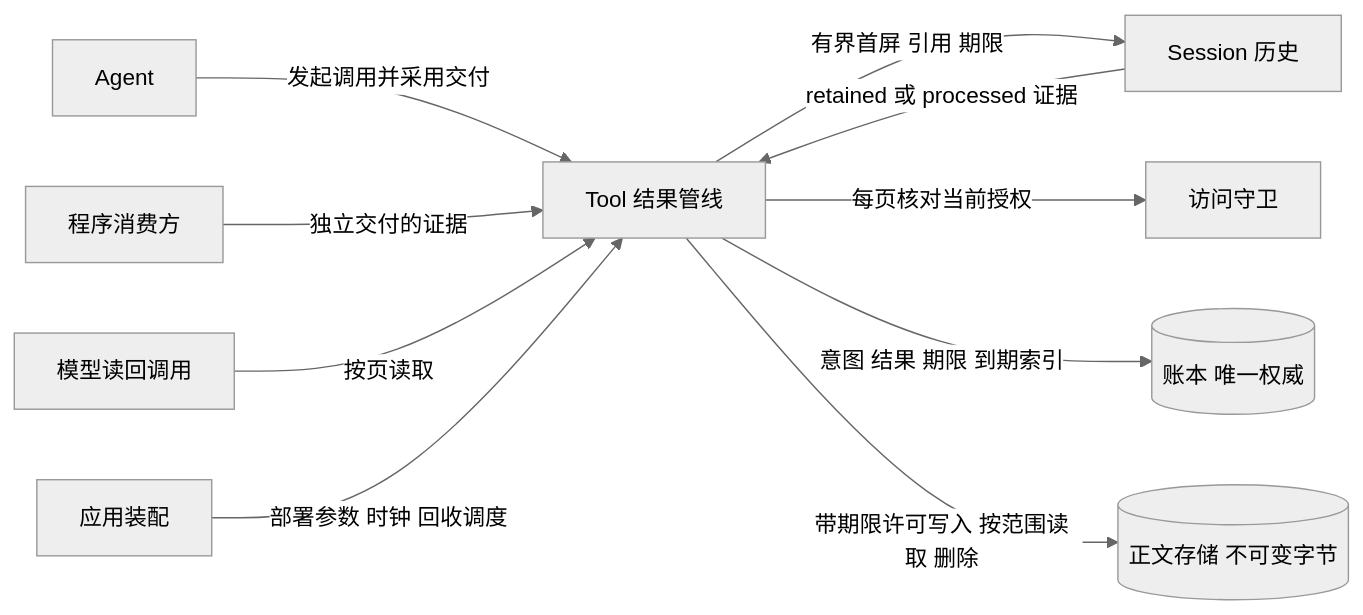
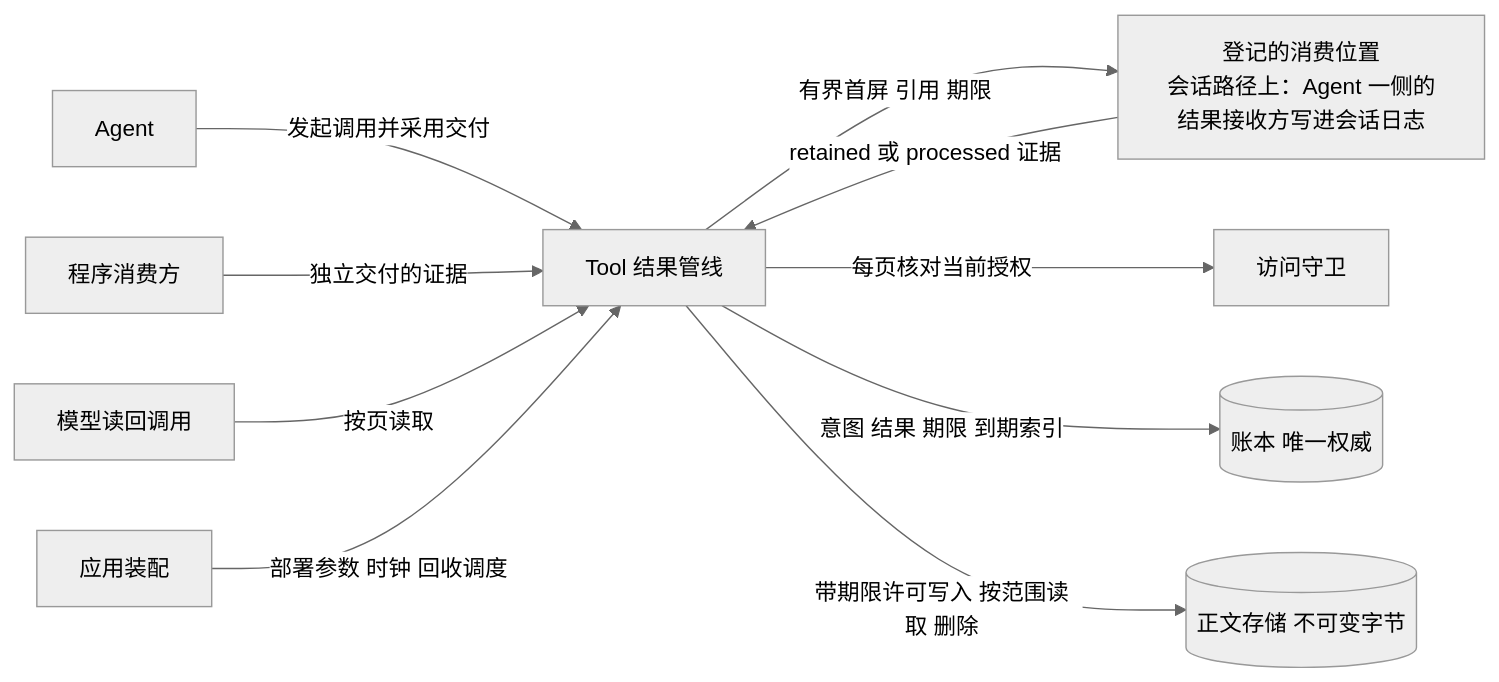
Before and after one commit to nemori-ai/omne-harness-lite: the second of 2 diagrams in docs/domains/tool-execution/architecture.md, drawn with Mermaid (neutral theme). The commit also changed other lines of this file and 22 other files, not shown here.

First line of the commit message:
docs(agents): 根入口加两张最简图与心智模型要点，心智模型做成技能 domain-mental-models（#1211）

````diff
--- a/docs/domains/tool-execution/architecture.md
+++ b/docs/domains/tool-execution/architecture.md
@@ -104,12 +104,12 @@
 ```mermaid
 flowchart LR
     Agent[Agent] -->|发起调用并采用交付| Tool[Tool 结果管线]
-    Tool -->|有界首屏 引用 期限| Session[Session 历史]
-    Session -->|retained 或 processed 证据| Tool
+    Tool -->|有界首屏 引用 期限| Consumer[登记的消费位置<br/>会话路径上：Agent 一侧的结果接收方写进会话日志]
+    Consumer -->|retained 或 processed 证据| Tool
     Program[程序消费方] -->|独立交付的证据| Tool
     Reader[模型读回调用] -->|按页读取| Tool
     Tool -->|每页核对当前授权| Guard[访问守卫]
     Tool -->|意图 结果 期限 到期索引| Ledger[(账本 唯一权威)]
     Tool -->|带期限许可写入 按范围读取 删除| Store[(正文存储 不可变字节)]
     Assembly[应用装配] -->|部署参数 时钟 回收调度| Tool
 ```
````
